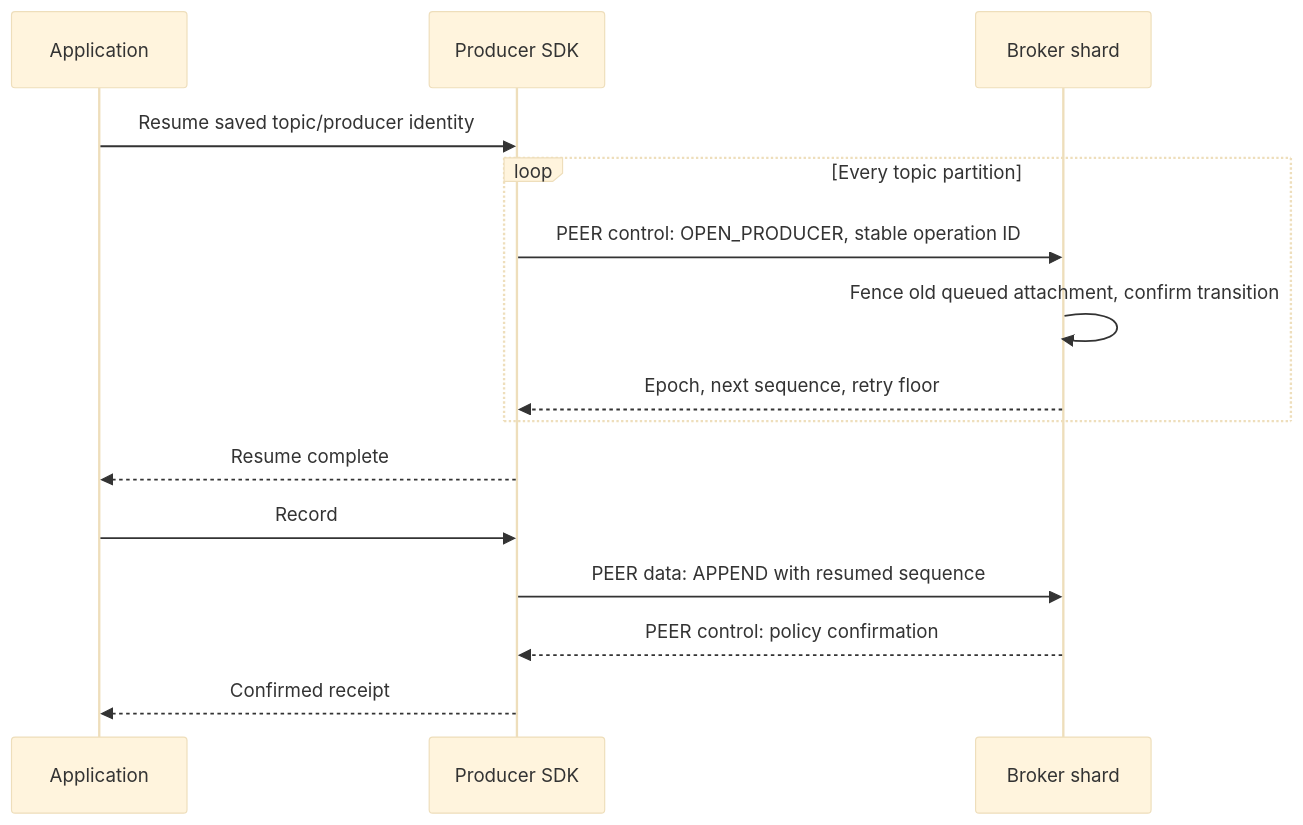
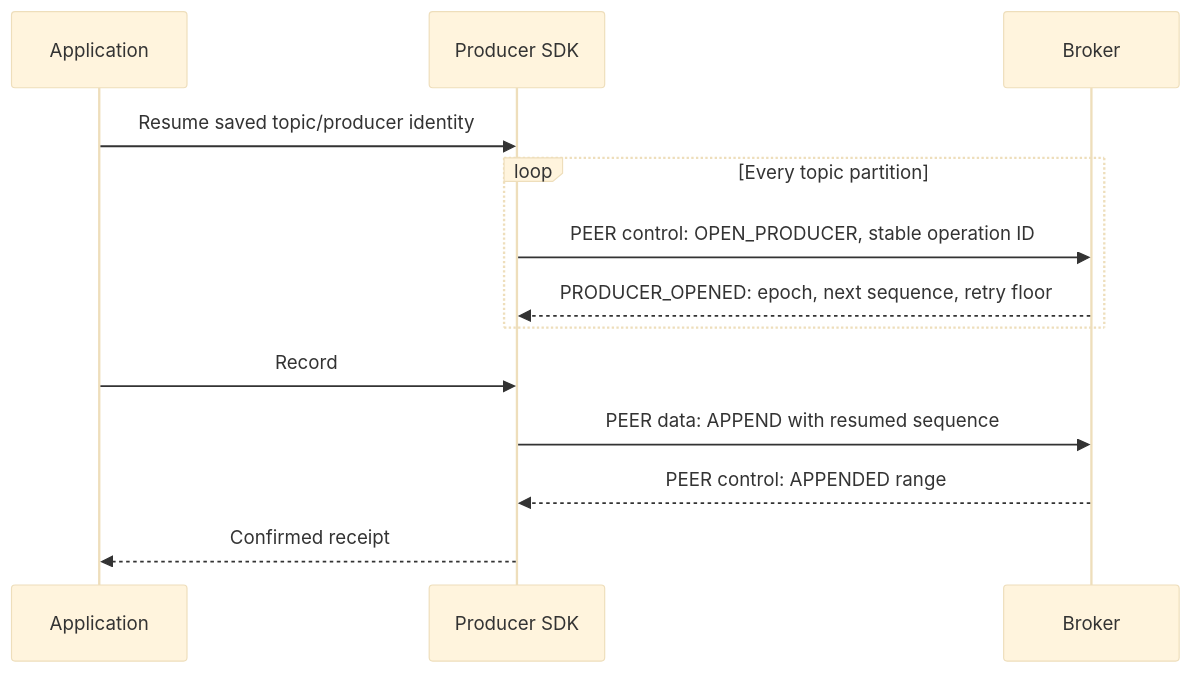
The first of 2 diagrams in doc/PROTOCOL.md (paddor/ozzy), drawn with Mermaid (base theme) before and after one commit. The commit also changed other lines of this file and 801 other files, not shown here.

````diff
--- a/doc/PROTOCOL.md
+++ b/doc/PROTOCOL.md
@@ -652,17 +305,15 @@
 ```mermaid
 sequenceDiagram
     participant A as Application
     participant P as Producer SDK
-    participant B as Broker shard
+    participant B as Broker
     A->>P: Resume saved topic/producer identity
     loop Every topic partition
         P->>B: PEER control: OPEN_PRODUCER, stable operation ID
-        B->>B: Fence old queued attachment, confirm transition
-        B-->>P: Epoch, next sequence, retry floor
+        B-->>P: PRODUCER_OPENED: epoch, next sequence, retry floor
     end
-    P-->>A: Resume complete
     A->>P: Record
     P->>B: PEER data: APPEND with resumed sequence
-    B-->>P: PEER control: policy confirmation
+    B-->>P: PEER control: APPENDED range
     P-->>A: Confirmed receipt
 ```
````
